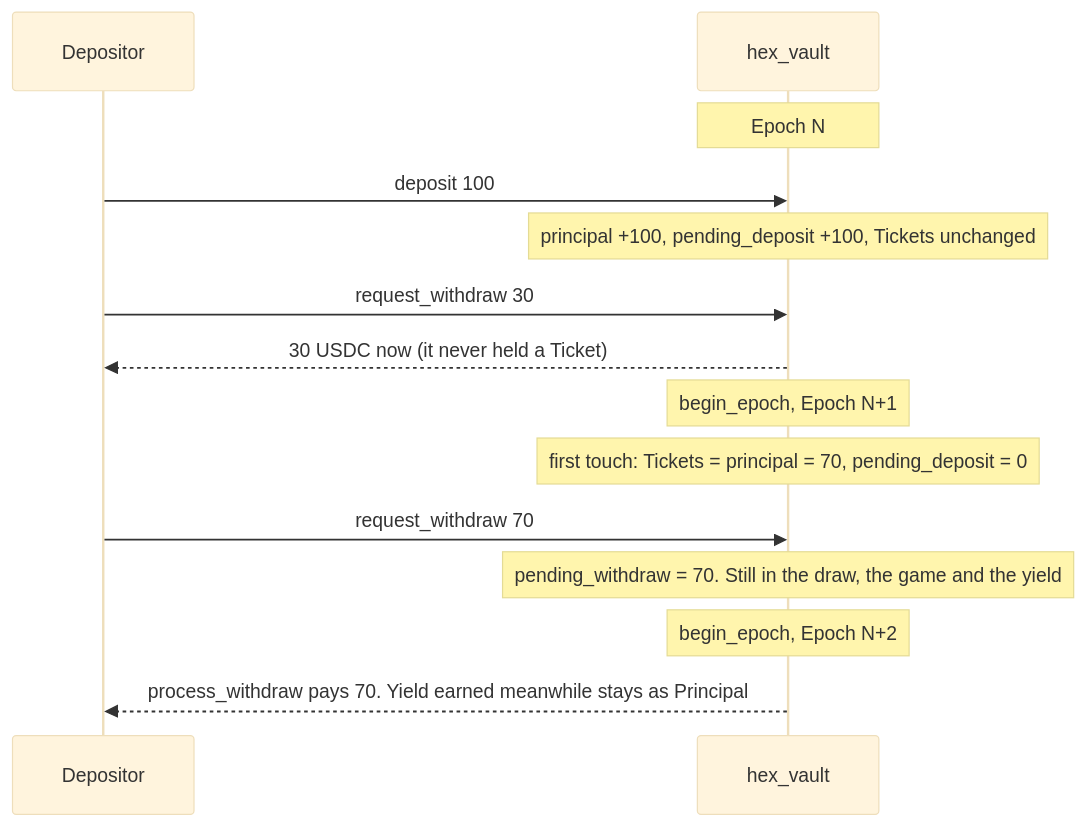
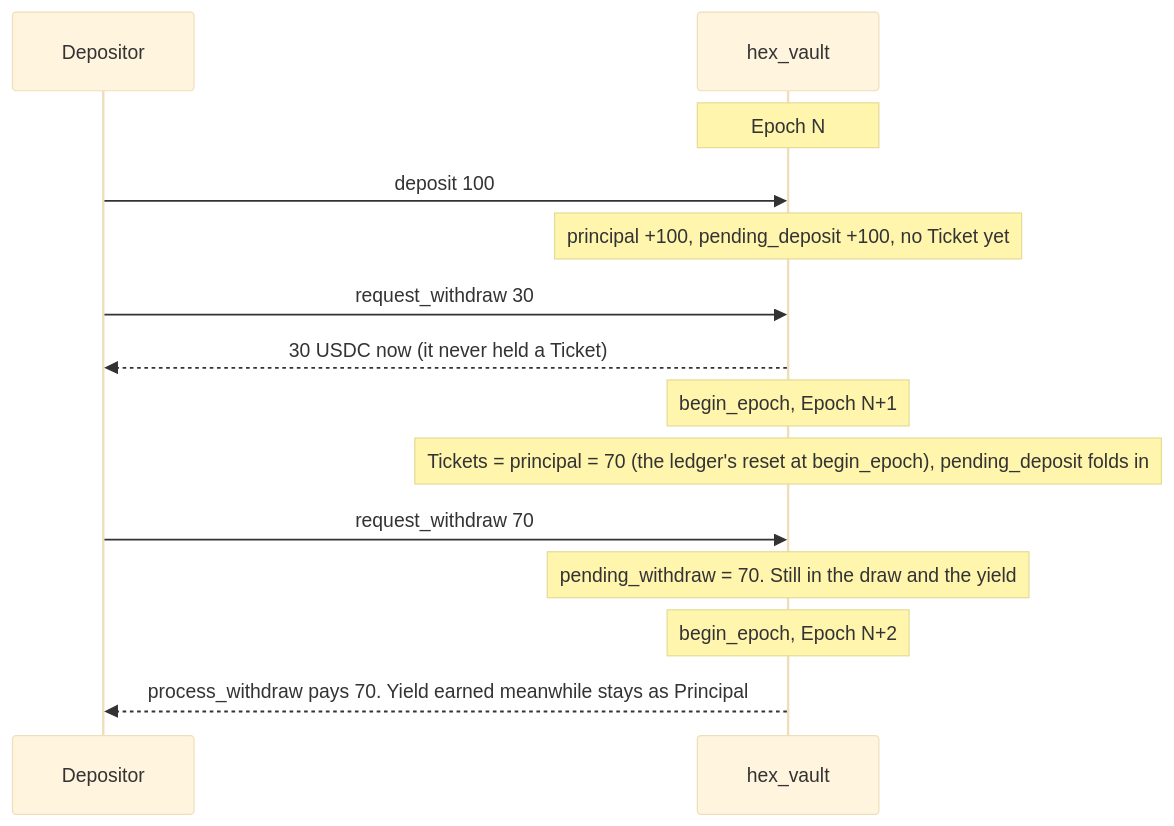
Before and after one commit to easonchai/hexofun: the fourth of 5 diagrams in docs/architecture.md, drawn with Mermaid (base theme). The commit also changed other lines of this file and 2 other files, not shown here.

Commit message:
docs: architecture loses the Round lifecycle and the Weight tree, tick list matches the custody-only steps

````diff
--- a/docs/architecture.md
+++ b/docs/architecture.md
@@ -172,16 +175,16 @@
 ```mermaid
 sequenceDiagram
     participant U as Depositor
     participant P as hex_vault
     Note over P: Epoch N
     U->>P: deposit 100
-    Note over P: principal +100, pending_deposit +100, Tickets unchanged
+    Note over P: principal +100, pending_deposit +100, no Ticket yet
     U->>P: request_withdraw 30
     P-->>U: 30 USDC now (it never held a Ticket)
     Note over P: begin_epoch, Epoch N+1
-    Note over P: first touch: Tickets = principal = 70, pending_deposit = 0
+    Note over P: Tickets = principal = 70 (the ledger's reset at begin_epoch), pending_deposit folds in
     U->>P: request_withdraw 70
-    Note over P: pending_withdraw = 70. Still in the draw, the game and the yield
+    Note over P: pending_withdraw = 70. Still in the draw and the yield
     Note over P: begin_epoch, Epoch N+2
     P-->>U: process_withdraw pays 70. Yield earned meanwhile stays as Principal
 ```
````
